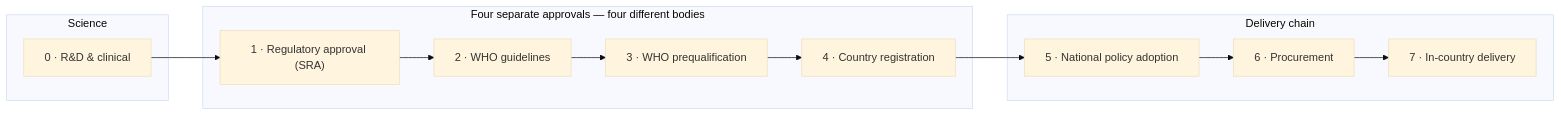
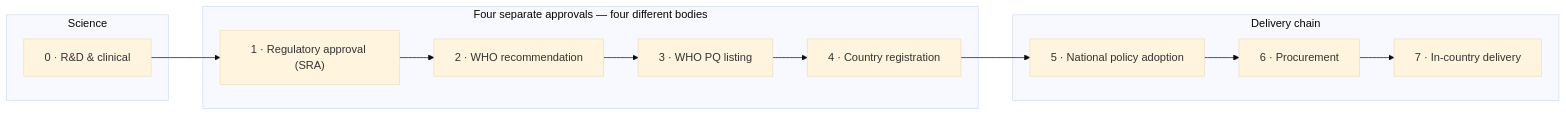
Before and after one commit to KylerXiv/launch-development-test: the first of 2 diagrams in docs/project-explainer.md, drawn with Mermaid (base theme). The commit also changed other lines of this file and 33 other files, not shown here.

````diff
--- a/docs/project-explainer.md
+++ b/docs/project-explainer.md
@@ -89,14 +89,14 @@
 ```mermaid
 flowchart LR
   subgraph science [Science]
     S0["0 · R&D & clinical"]
   end
   subgraph approvals [Four separate approvals — four different bodies]
-    S1["1 · Regulatory approval (SRA)"] --> S2["2 · WHO guidelines"] --> S3["3 · WHO prequalification"] --> S4["4 · Country registration"]
+    S1["1 · Regulatory approval (SRA)"] --> S2["2 · WHO recommendation"] --> S3["3 · WHO PQ listing"] --> S4["4 · Country registration"]
   end
   subgraph delivery [Delivery chain]
     S5["5 · National policy adoption"] --> S6["6 · Procurement"] --> S7["7 · In-country delivery"]
   end
   S0 --> S1
   S4 --> S5
 ```
````
